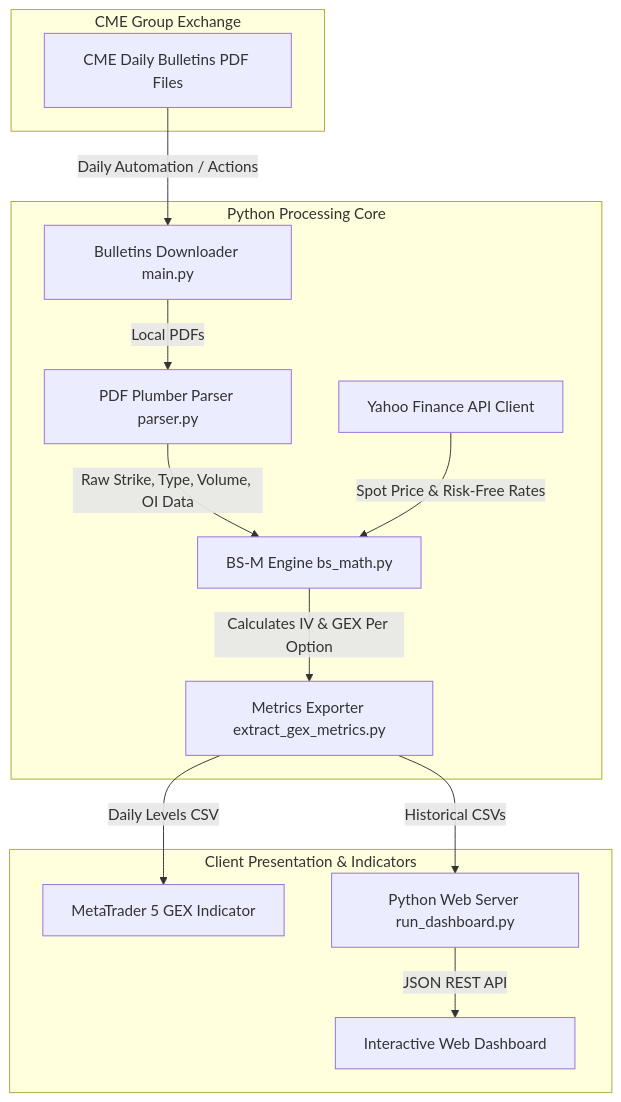
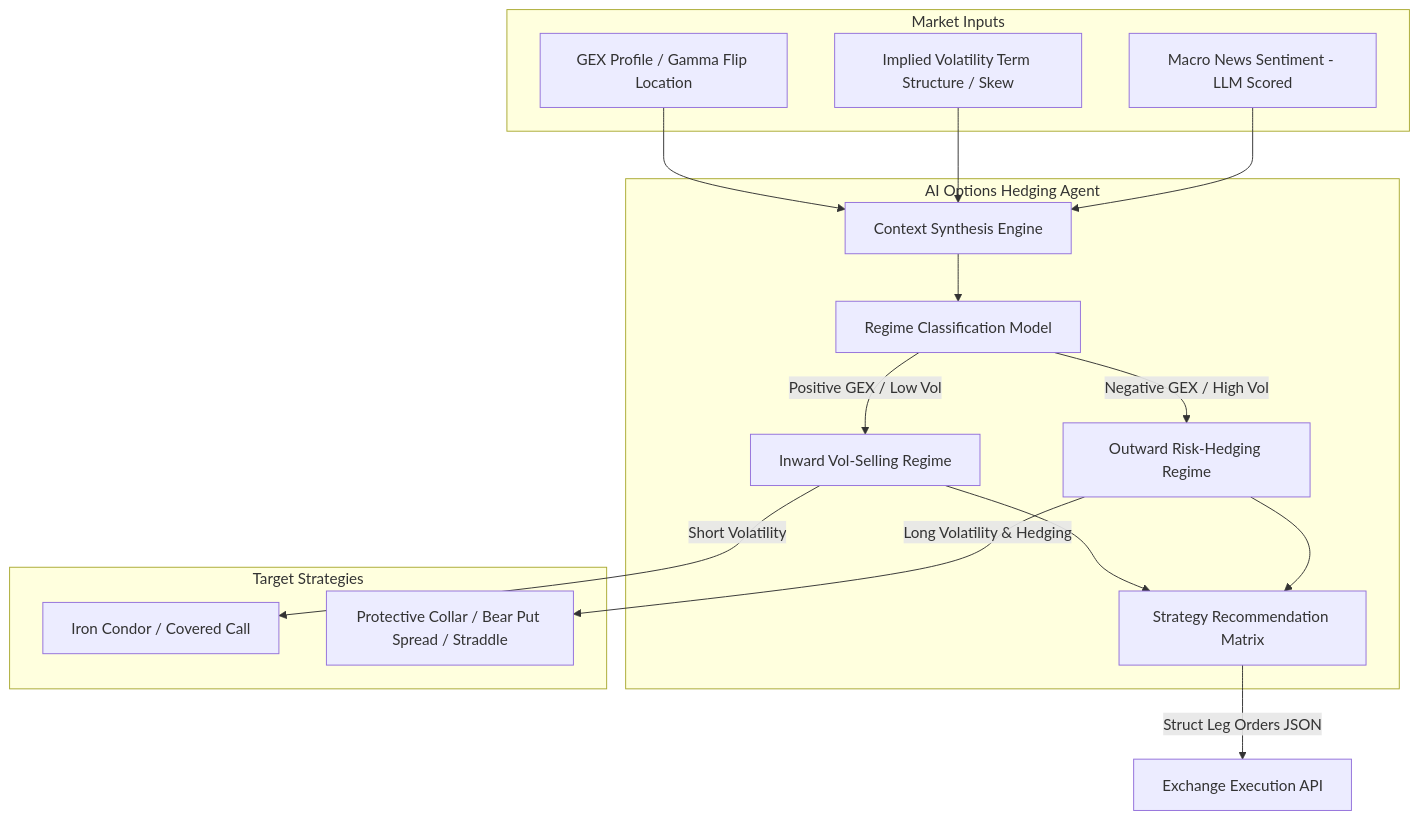
Before and after one commit to circlealgorythm/Options: the diagram in README.md, drawn with Mermaid. The commit also changed other lines of this file, not shown here.

Commit message:
Enhance README: Add academic options math, BSM formulas, and AI Options Hedging Agent architecture

````diff
--- a/README.md
+++ b/README.md
@@ -17,21 +68,27 @@
 ```mermaid
 flowchart TD
-    subgraph Exchange ["CME Group Exchange"]
-        A[CME Daily Bulletins PDF Files]
+    subgraph Market ["Market Inputs"]
+        A[GEX Profile / Gamma Flip Location]
+        B[Implied Volatility Term Structure / Skew]
+        C[Macro News Sentiment - LLM Scored]
     end
 
-    subgraph Pipeline ["Python Processing Core"]
-        B[Bulletins Downloader main.py] -->|Local PDFs| C[PDF Plumber Parser parser.py]
-        C -->|Raw Strike, Type, Volume, OI Data| D[BS-M Engine bs_math.py]
-        E[Yahoo Finance API Client] -->|Spot Price & Risk-Free Rates| D
-        D -->|Calculates IV & GEX Per Option| F[Metrics Exporter extract_gex_metrics.py]
+    subgraph Agent ["AI Options Hedging Agent"]
+        D[Context Synthesis Engine]
+        E[Regime Classification Model]
+        F[Strategy Recommendation Matrix]
+        
+        A & B & C --> D
+        D --> E
+        E -->|Positive GEX / Low Vol| G[Inward Vol-Selling Regime]
+        E -->|Negative GEX / High Vol| H[Outward Risk-Hedging Regime]
     end
 
-    subgraph Client ["Client Presentation & Indicators"]
-        F -->|Daily Levels CSV| G[MetaTrader 5 GEX Indicator]
-        F -->|Historical CSVs| H[Python Web Server run_dashboard.py]
-        H -->|JSON REST API| I[Interactive Web Dashboard]
+    subgraph Execution ["Target Strategies"]
+        G -->|Short Volatility| I[Iron Condor / Covered Call]
+        H -->|Long Volatility & Hedging| J[Protective Collar / Bear Put Spread / Straddle]
     end
 
-    A -->|Daily Automation / Actions| B
+    G & H --> F
+    F -->|Struct Leg Orders JSON| K[Exchange Execution API]
 ```
````
